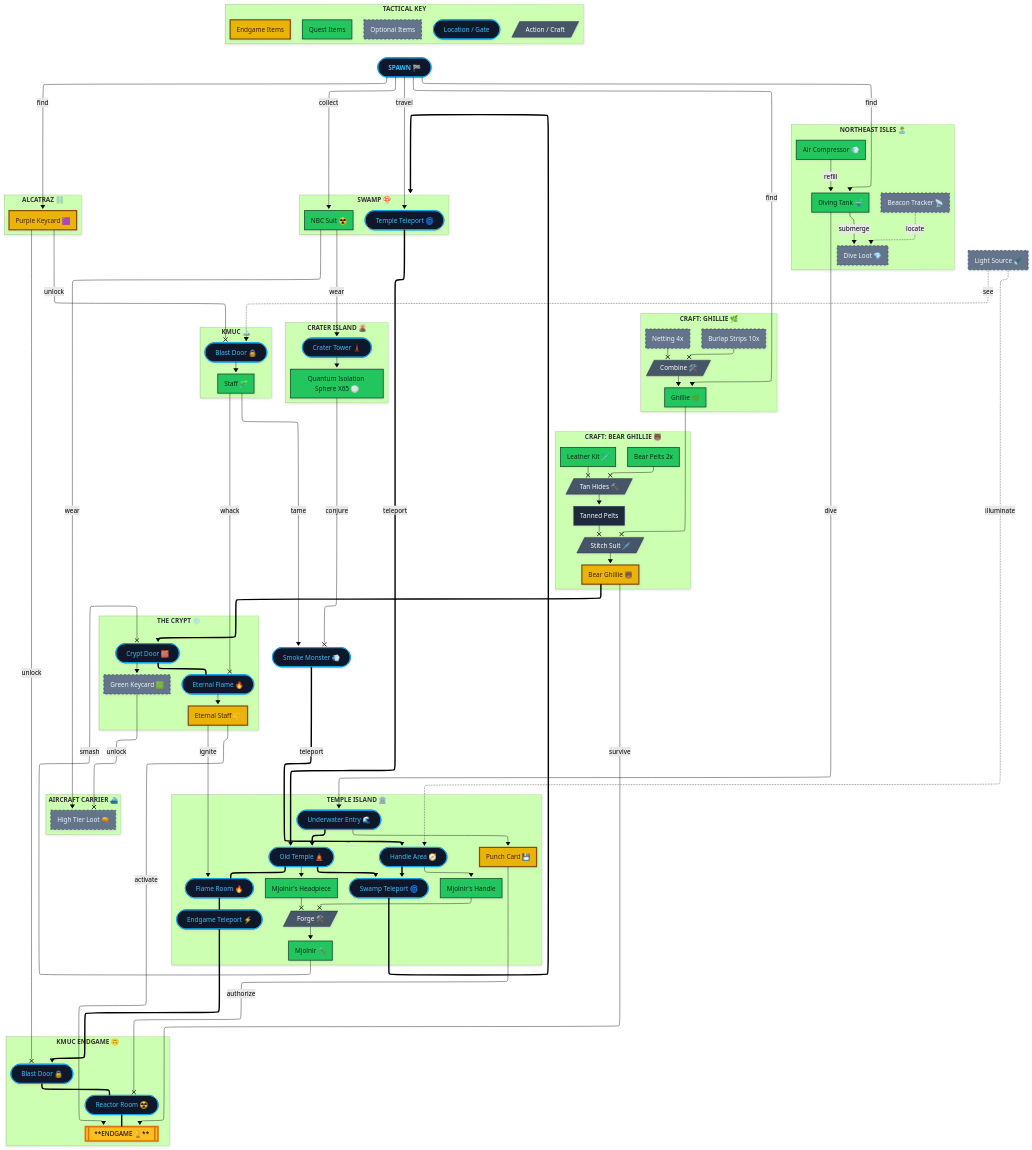
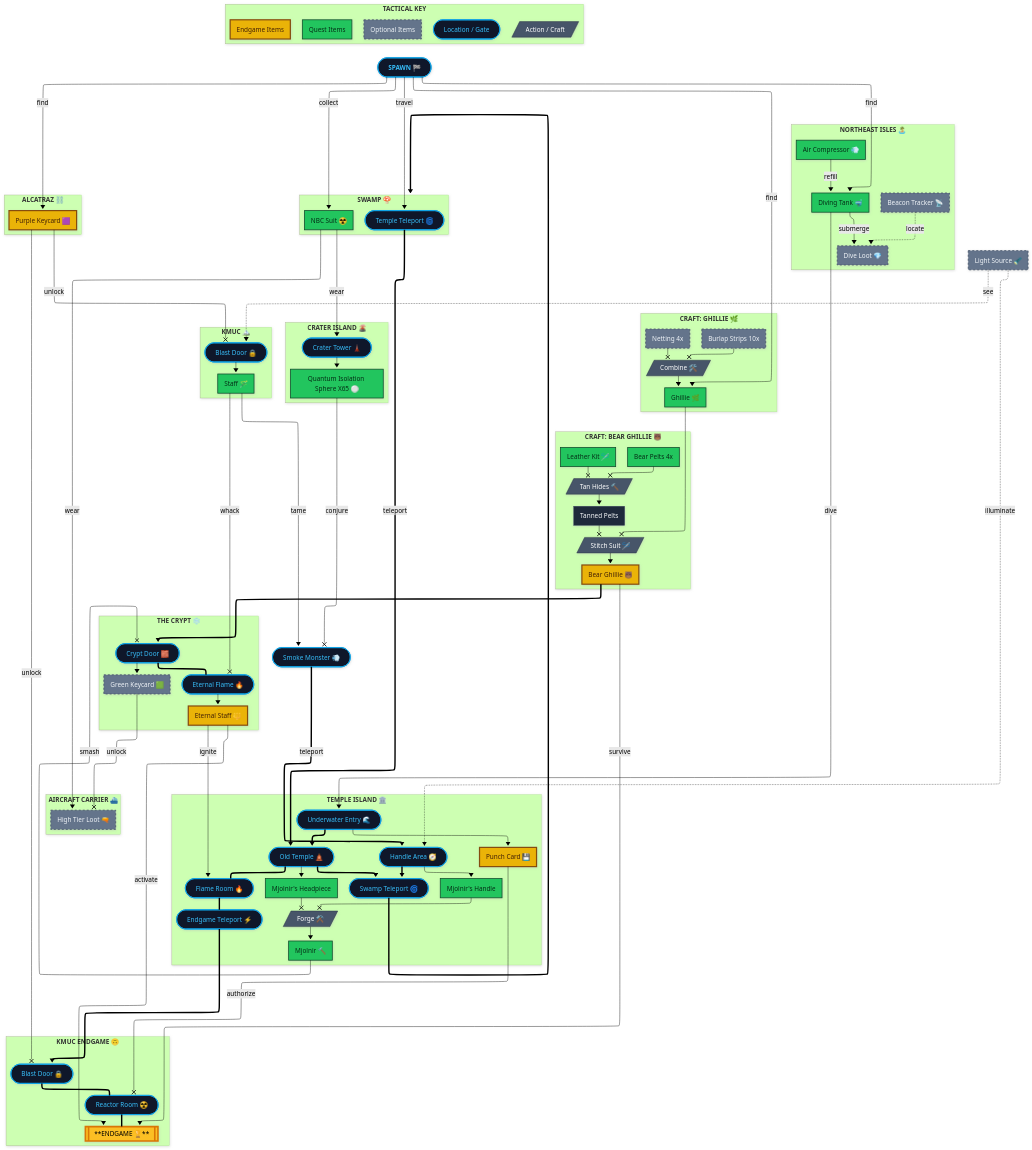
Before and after one commit to mrfootoyou/deer-isle-quest: the diagram in deer-isle-endgame-loot-flow.mmd, drawn with Mermaid. The commit also changed 2 other files, not shown here.

Commit message:
fix(data): bear ghillie now requires 4 bear pelts

```diff
--- a/deer-isle-endgame-loot-flow.mmd
+++ b/deer-isle-endgame-loot-flow.mmd
@@ -101,7 +101,7 @@
 
     subgraph craft_bear ["`**CRAFT: BEAR GHILLIE 🐻**`"]
         direction LR
-        bear_pelts[Bear Pelts 2x]
+        bear_pelts[Bear Pelts 4x]
         leather_kit[Leather Kit 🪡]
         tanned_bear_pelts[Tanned Pelts]
         prepare_bear_pelts[/Tan Hides 🔨/]
```
